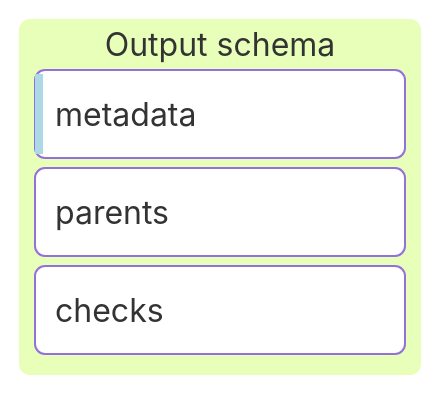
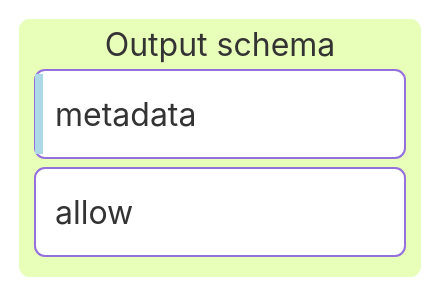
Before and after one commit to wazuh/wazuh: diagram 14 of 14 in docs/ref/modules/engine/README.md, drawn with Mermaid. The commit also changed other lines of this file, not shown here.

````diff
--- a/docs/ref/modules/engine/README.md
+++ b/docs/ref/modules/engine/README.md
@@ -1364,10 +1424,10 @@
 ```mermaid
 ---
 title: Filter schema
 ---
 kanban
   Output[Output schema]
     assetMetadata["metadata"]@{ priority: 'Very Low'}
-    assetParents["parents"]
-    assetChecks["checks"]
+    %% assetParents["parents"]
+    assetChecks["allow"]
 ```
````
